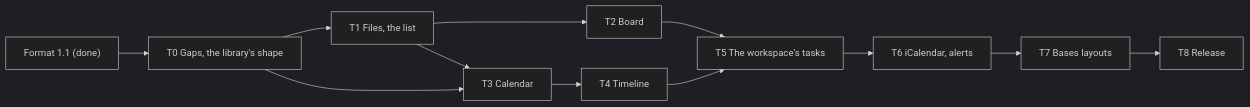
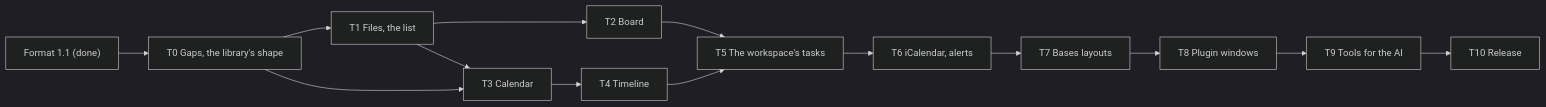
One commit to CTRL-Neo-Studios/vertex changed the diagram in plans/Tasks Plan.md. Above: the diagram before and after it, drawn with Mermaid (dark theme). The commit also changed other lines of this file and 1 other file, not shown here.

First line of the commit message:
docs(plans): plan plugin windows and AI tools as T8 and T9

````diff
--- a/plans/Tasks Plan.md
+++ b/plans/Tasks Plan.md
@@ -72,9 +72,10 @@
 ```mermaid
 flowchart LR
   F["Format 1.1 (done)"] --> T0
   T0["T0 Gaps, the library's shape"] --> T1["T1 Files, the list"] --> T2["T2 Board"]
   T0 --> T3["T3 Calendar"] --> T4["T4 Timeline"]
   T1 --> T3
   T2 --> T5["T5 The workspace's tasks"]
-  T4 --> T5 --> T6["T6 iCalendar, alerts"] --> T7["T7 Bases layouts"] --> T8["T8 Release"]
+  T4 --> T5 --> T6["T6 iCalendar, alerts"] --> T7["T7 Bases layouts"] --> T8["T8 Plugin windows"]
+  T8 --> T9["T9 Tools for the AI"] --> T10["T10 Release"]
 ```
````
